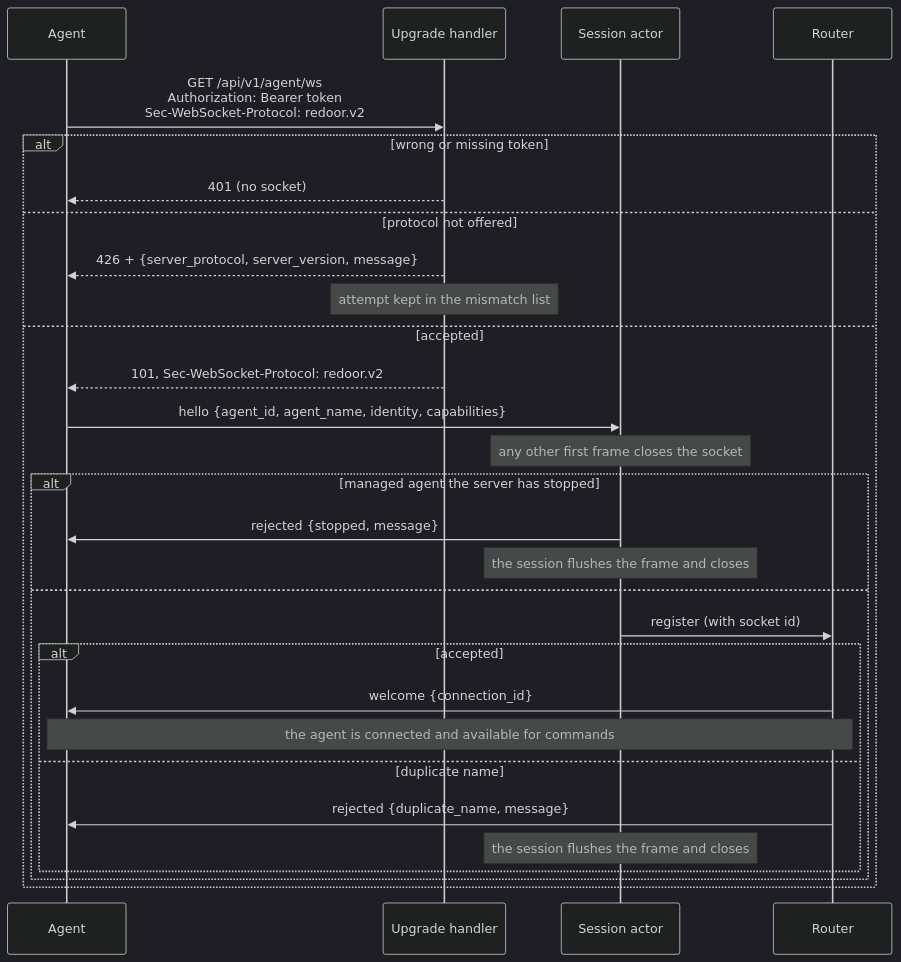
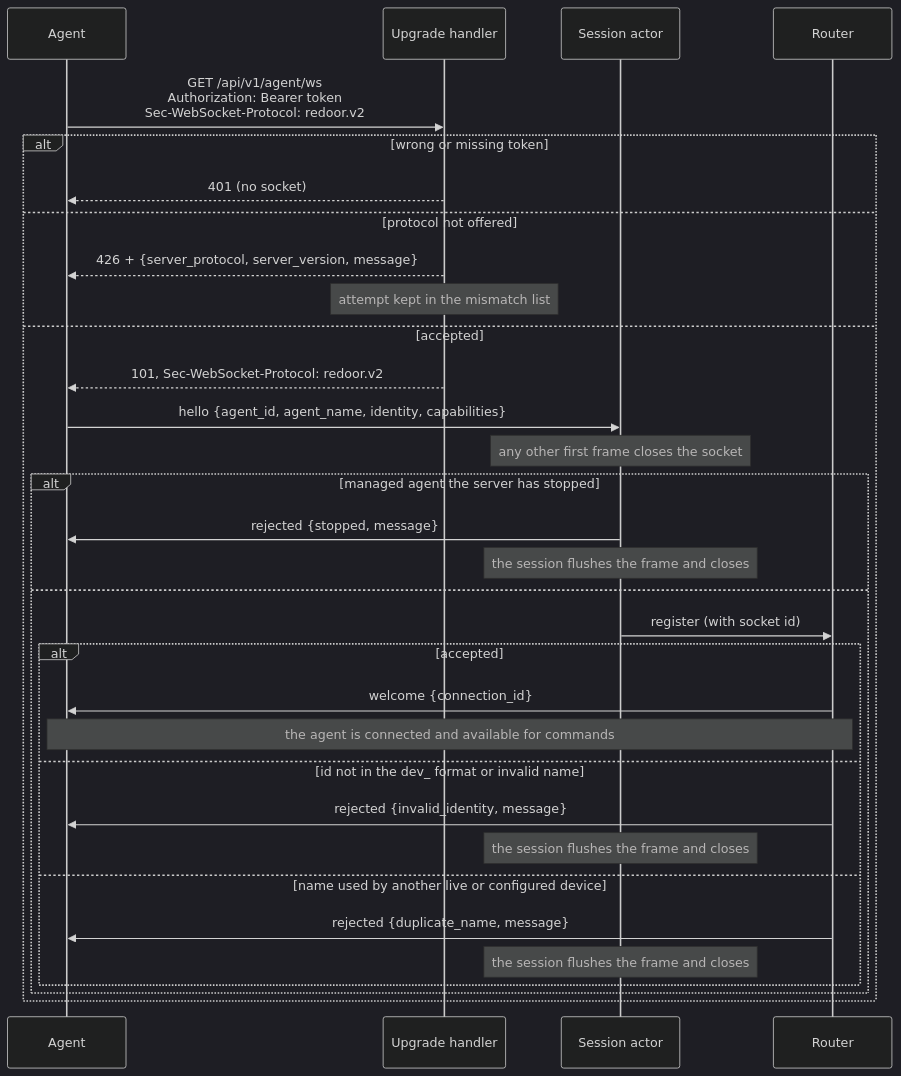
The fourth of 10 diagrams in ARCHITECTURE.md (FruitieX/redoor), drawn with Mermaid (dark theme) before and after one commit. The commit also changed other lines of this file and 5 other files, not shown here.

First line of the commit message:
Document device ids, ownership and name resolution

````diff
--- a/ARCHITECTURE.md
+++ b/ARCHITECTURE.md
@@ -379,32 +383,35 @@
 ```mermaid
 sequenceDiagram
     participant A as Agent
     participant H as Upgrade handler
     participant S as Session actor
     participant R as Router
 
     A->>H: GET /api/v1/agent/ws<br/>Authorization: Bearer token<br/>Sec-WebSocket-Protocol: redoor.v2
     alt wrong or missing token
         H-->>A: 401 (no socket)
     else protocol not offered
         H-->>A: 426 + {server_protocol, server_version, message}
         Note over H: attempt kept in the mismatch list
     else accepted
         H-->>A: 101, Sec-WebSocket-Protocol: redoor.v2
         A->>S: hello {agent_id, agent_name, identity, capabilities}
         Note over S: any other first frame closes the socket
         alt managed agent the server has stopped
             S->>A: rejected {stopped, message}
             Note over S: the session flushes the frame and closes
         else
             S->>R: register (with socket id)
             alt accepted
                 R->>A: welcome {connection_id}
                 Note over A,R: the agent is connected and available for commands
-            else duplicate name
+            else id not in the dev_ format or invalid name
+                R->>A: rejected {invalid_identity, message}
+                Note over S: the session flushes the frame and closes
+            else name used by another live or configured device
                 R->>A: rejected {duplicate_name, message}
                 Note over S: the session flushes the frame and closes
             end
         end
     end
 ```
````
